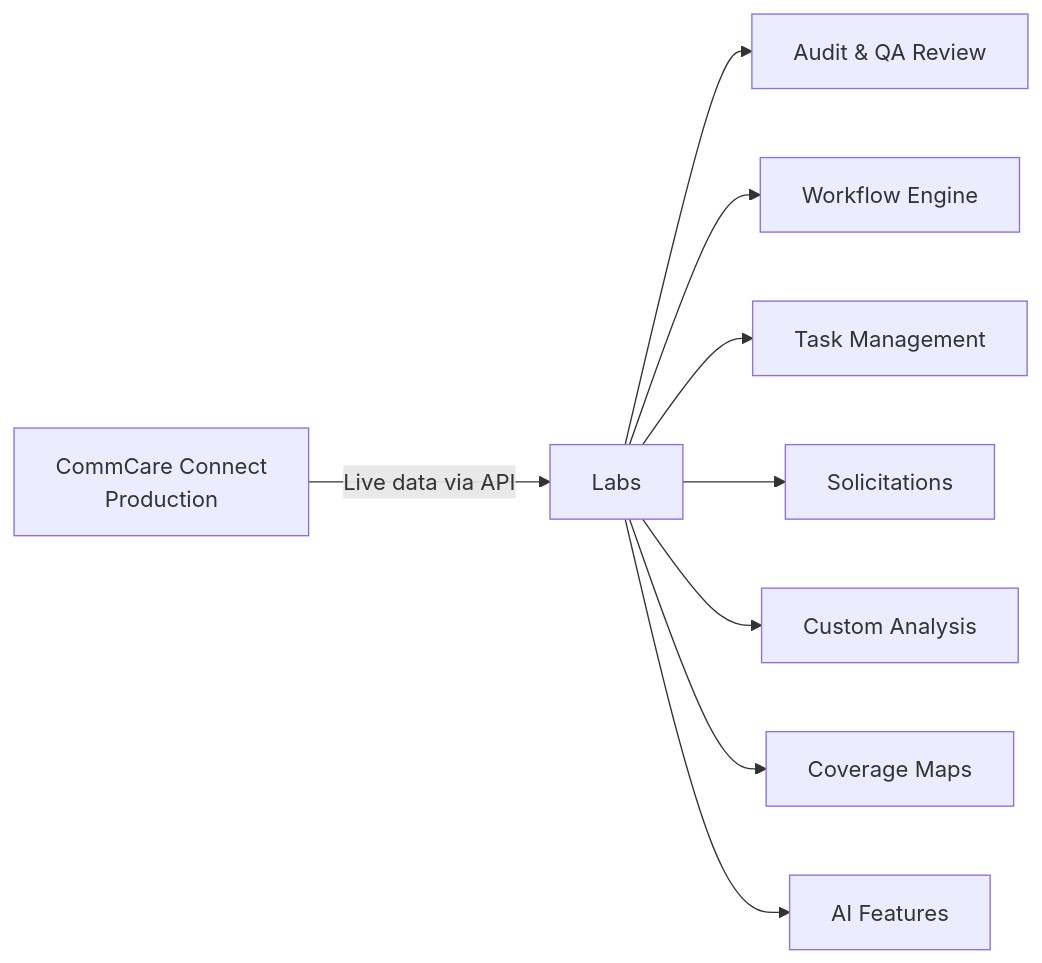
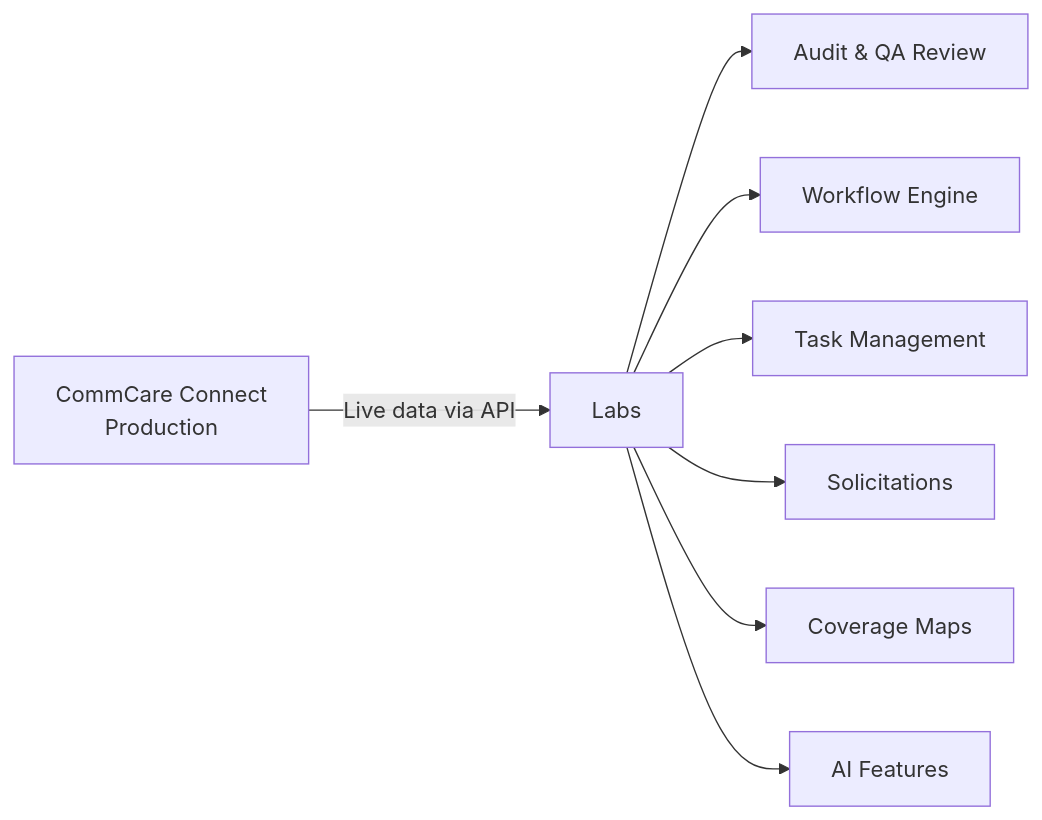
Before and after one commit to dimagi-internal/connect-labs: the diagram in user_docs/index.md, drawn with Mermaid. The commit also changed other lines of this file and 68 other files, not shown here.

First line of the commit message:
Remove custom_analysis: its dashboards are replaced by workflow templates and unused

````diff
--- a/user_docs/index.md
+++ b/user_docs/index.md
@@ -20,12 +20,11 @@
 ```mermaid
 graph LR
     CC[CommCare Connect\nProduction] -->|Live data via API| Labs
 
     Labs --> A[Audit & QA Review]
     Labs --> W[Workflow Engine]
     Labs --> T[Task Management]
     Labs --> S[Solicitations]
-    Labs --> C[Custom Analysis]
     Labs --> M[Coverage Maps]
     Labs --> AI[AI Features]
 ```
````
